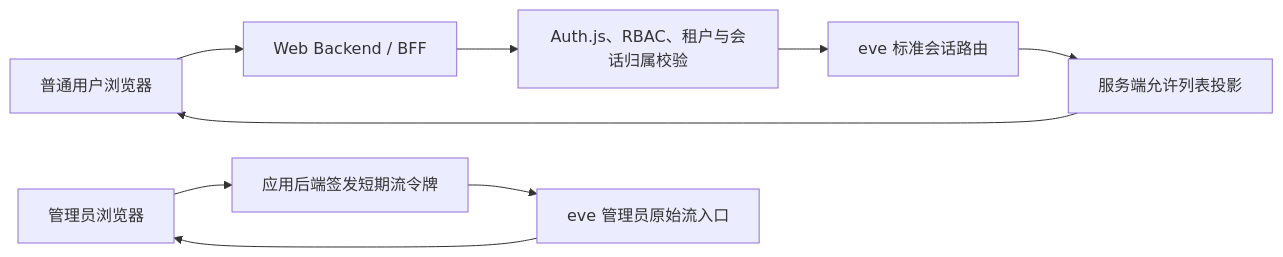
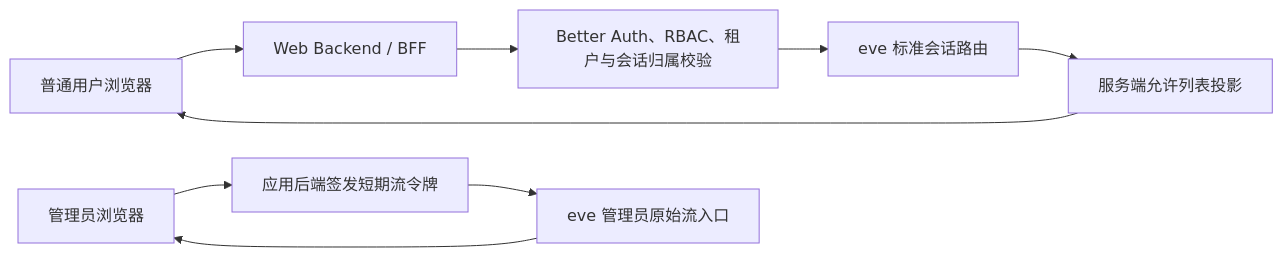
One commit to Procyon-Nan/baigong-agent changed the diagram in docs/P0-技术与安全边界.md. Above: the diagram before and after it, drawn with Mermaid. The commit also changed other lines of this file and 2 other files, not shown here.

````diff
--- a/docs/P0-技术与安全边界.md
+++ b/docs/P0-技术与安全边界.md
@@ -63,11 +72,11 @@
 ```mermaid
 flowchart LR
     UserBrowser["普通用户浏览器"] --> BFF["Web Backend / BFF"]
-    BFF --> AppAuth["Auth.js、RBAC、租户与会话归属校验"]
+    BFF --> AppAuth["Better Auth、RBAC、租户与会话归属校验"]
     AppAuth --> EveRoutes["eve 标准会话路由"]
     EveRoutes --> Projection["服务端允许列表投影"]
     Projection --> UserBrowser
     AdminBrowser["管理员浏览器"] --> Token["应用后端签发短期流令牌"]
     Token --> AdminStream["eve 管理员原始流入口"]
     AdminStream --> AdminBrowser
 ```
````
